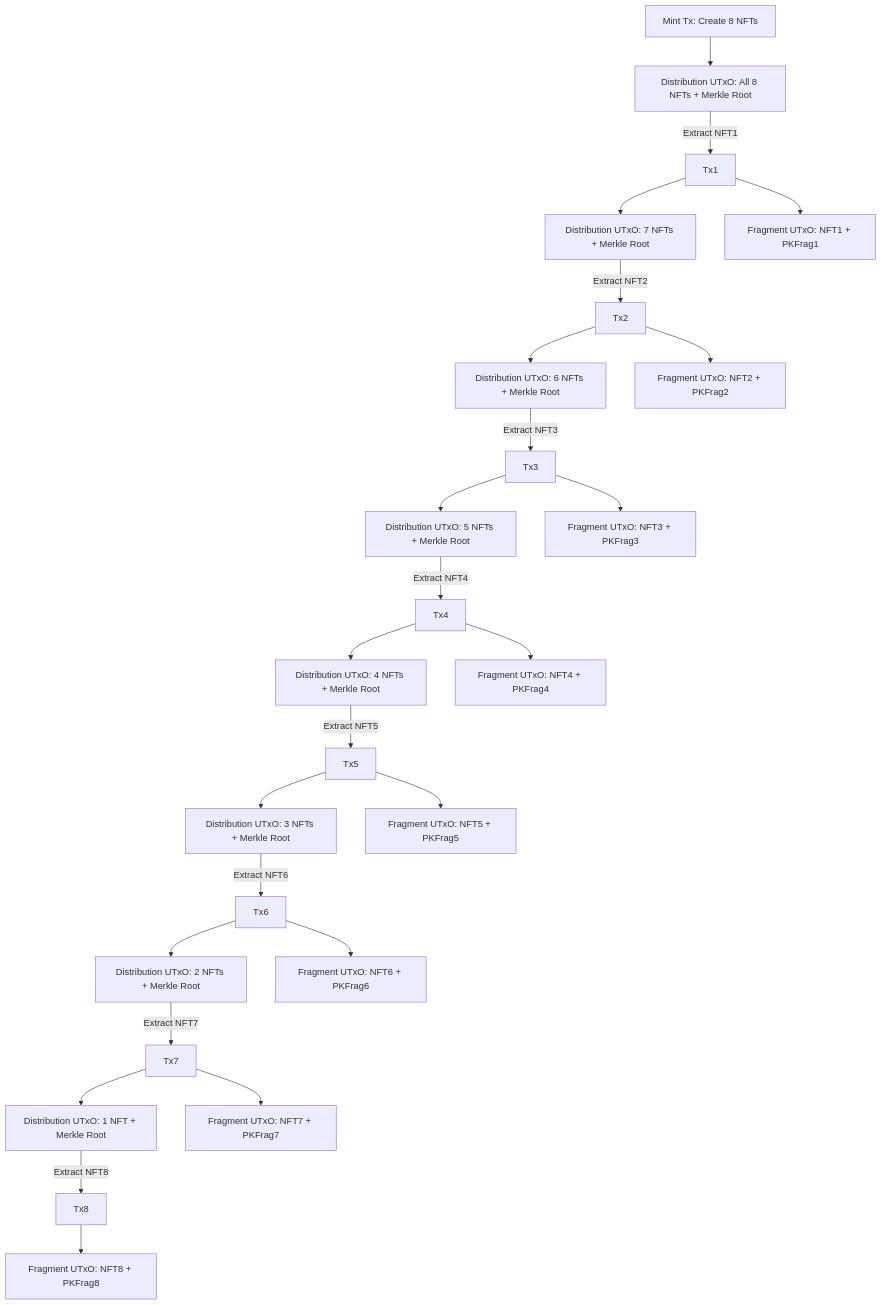
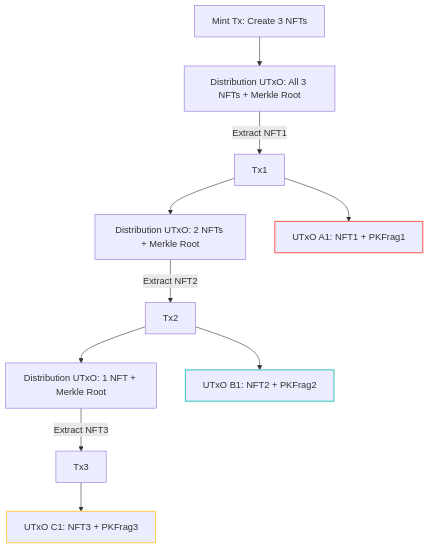
Before and after one commit to willpiam/lamport-cardano: the second of 2 diagrams in docs/validation_over_multiple_steps.md, drawn with Mermaid. The commit also changed other lines of this file, not shown here.

Commit message:
diagrams

````diff
--- a/docs/validation_over_multiple_steps.md
+++ b/docs/validation_over_multiple_steps.md
@@ -55,37 +54,21 @@
 ```mermaid
 flowchart TD
     %% Minting transaction
-    M[Mint Tx: Create 8 NFTs] --> D1[Distribution UTxO: All 8 NFTs + Merkle Root]
+    M[Mint Tx: Create 3 NFTs] --> D1[Distribution UTxO: All 3 NFTs + Merkle Root]
 
     %% Initial state
     D1 -->|Extract NFT1| T1[Tx1]
-    T1 --> D2[Distribution UTxO: 7 NFTs + Merkle Root]
-    T1 --> F1[Fragment UTxO: NFT1 + PKFrag1]
+    T1 --> D2[Distribution UTxO: 2 NFTs + Merkle Root]
+    T1 --> A1[UTxO A1: NFT1 + PKFrag1]:::nft1
 
     D2 -->|Extract NFT2| T2[Tx2]
-    T2 --> D3[Distribution UTxO: 6 NFTs + Merkle Root]
-    T2 --> F2[Fragment UTxO: NFT2 + PKFrag2]
+    T2 --> D3[Distribution UTxO: 1 NFT + Merkle Root]
+    T2 --> B1[UTxO B1: NFT2 + PKFrag2]:::nft2
 
     D3 -->|Extract NFT3| T3[Tx3]
-    T3 --> D4[Distribution UTxO: 5 NFTs + Merkle Root]
-    T3 --> F3[Fragment UTxO: NFT3 + PKFrag3]
+    T3 --> C1[UTxO C1: NFT3 + PKFrag3]:::nft3
 
-    D4 -->|Extract NFT4| T4[Tx4]
-    T4 --> D5[Distribution UTxO: 4 NFTs + Merkle Root]
-    T4 --> F4[Fragment UTxO: NFT4 + PKFrag4]
-
-    D5 -->|Extract NFT5| T5[Tx5]
-    T5 --> D6[Distribution UTxO: 3 NFTs + Merkle Root]
-    T5 --> F5[Fragment UTxO: NFT5 + PKFrag5]
-
-    D6 -->|Extract NFT6| T6[Tx6]
-    T6 --> D7[Distribution UTxO: 2 NFTs + Merkle Root]
-    T6 --> F6[Fragment UTxO: NFT6 + PKFrag6]
-
-    D7 -->|Extract NFT7| T7[Tx7]
-    T7 --> D8[Distribution UTxO: 1 NFT + Merkle Root]
-    T7 --> F7[Fragment UTxO: NFT7 + PKFrag7]
-
-    D8 -->|Extract NFT8| T8[Tx8]
-    T8 --> F8[Fragment UTxO: NFT8 + PKFrag8]
+    classDef nft1 stroke:#FF6B6B,stroke-width:2px
+    classDef nft2 stroke:#4ECDC4,stroke-width:2px
+    classDef nft3 stroke:#FFD166,stroke-width:2px
 ```
````
